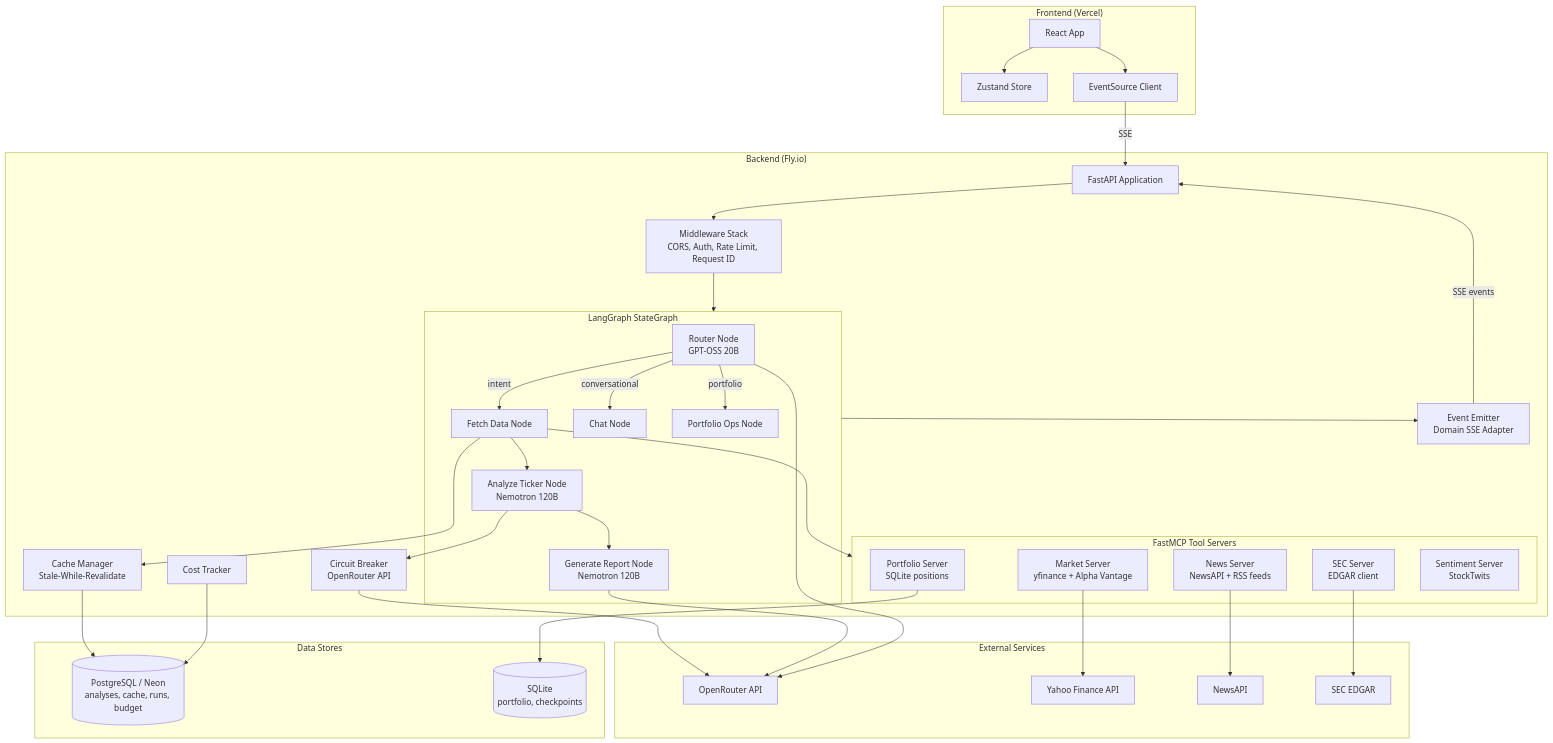
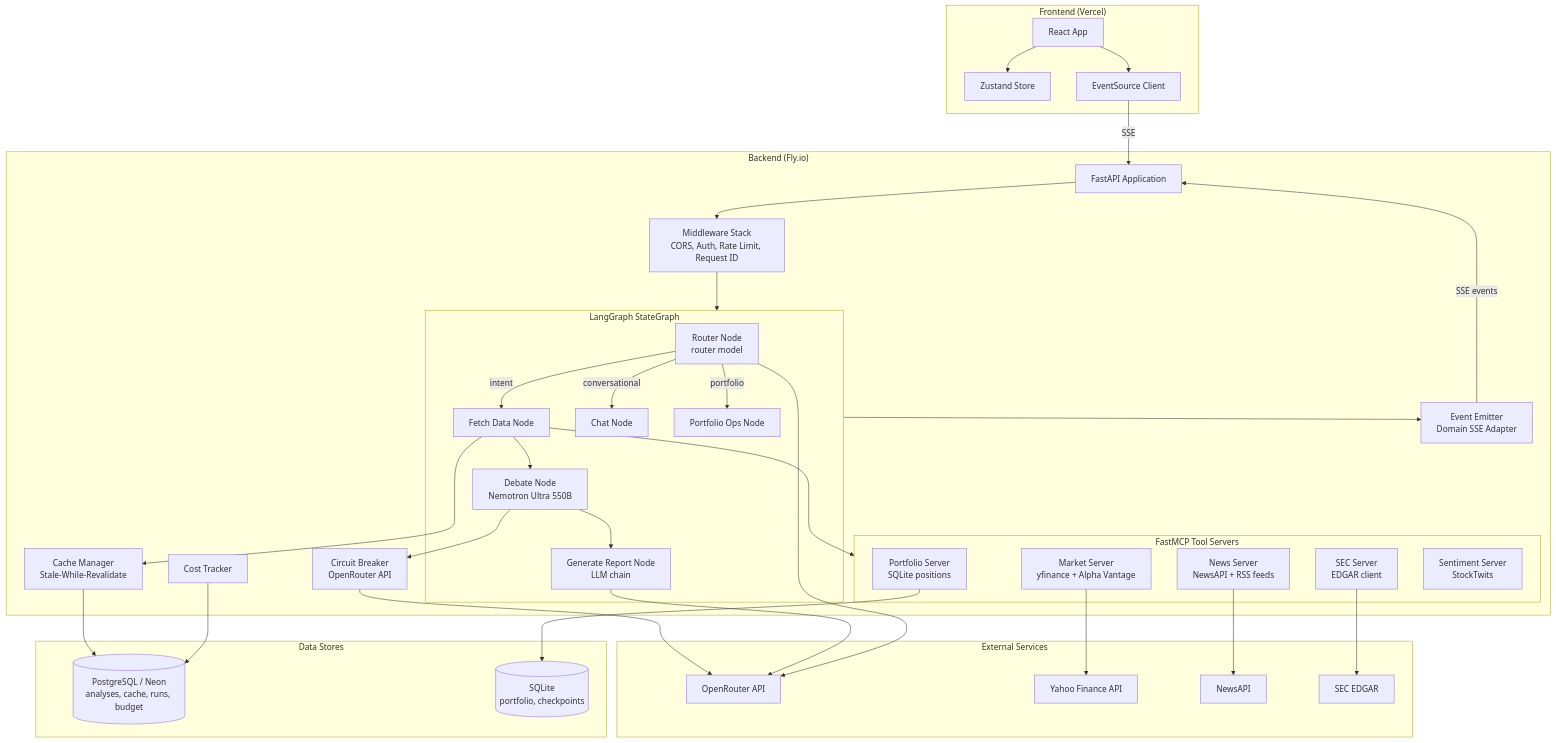
One commit to cl-xy/ai-investment-analyst changed the third of 3 diagrams in docs/ARCHITECTURE.md. Above: the diagram before and after it, drawn with Mermaid. The commit also changed other lines of this file and 9 other files, not shown here.

Commit message:
docs: update architecture, runbook, api, slo and adrs for the debate, stale-if-error and diagnostics changes

````diff
--- a/docs/ARCHITECTURE.md
+++ b/docs/ARCHITECTURE.md
@@ -95,78 +97,78 @@
 ```mermaid
 graph TB
     subgraph Frontend ["Frontend (Vercel)"]
         React[React App]
         Zustand[Zustand Store]
         SSEClient[EventSource Client]
     end
 
     subgraph Backend ["Backend (Fly.io)"]
         FastAPI[FastAPI Application]
         Middleware[Middleware Stack<br/>CORS, Auth, Rate Limit, Request ID]
 
         subgraph Agent ["LangGraph StateGraph"]
-            Router[Router Node<br/>GPT-OSS 20B]
+            Router[Router Node<br/>router model]
             FetchData[Fetch Data Node]
-            Analyze[Analyze Ticker Node<br/>Nemotron 120B]
-            Report[Generate Report Node<br/>Nemotron 120B]
+            Analyze[Debate Node<br/>Nemotron Ultra 550B]
+            Report[Generate Report Node<br/>LLM chain]
             Chat[Chat Node]
             Portfolio[Portfolio Ops Node]
         end
 
         EventEmitter[Event Emitter<br/>Domain SSE Adapter]
         CostTracker[Cost Tracker]
         CacheManager[Cache Manager<br/>Stale-While-Revalidate]
         CircuitBreaker[Circuit Breaker<br/>OpenRouter API]
 
         subgraph MCP ["FastMCP Tool Servers"]
             Market[Market Server<br/>yfinance + Alpha Vantage]
             News[News Server<br/>NewsAPI + RSS feeds]
             SEC[SEC Server<br/>EDGAR client]
             PortfolioSrv[Portfolio Server<br/>SQLite positions]
             Sentiment[Sentiment Server<br/>StockTwits]
         end
     end
 
     subgraph External ["External Services"]
         OpenRouter[OpenRouter API]
         YFinance[Yahoo Finance API]
         NewsAPI[NewsAPI]
         EDGAR[SEC EDGAR]
     end
 
     subgraph Data ["Data Stores"]
         Postgres[(PostgreSQL / Neon<br/>analyses, cache, runs, budget)]
         SQLite[(SQLite<br/>portfolio, checkpoints)]
     end
 
     React --> SSEClient
     SSEClient -->|SSE| FastAPI
     React --> Zustand
 
     FastAPI --> Middleware
     Middleware --> Agent
     Agent --> EventEmitter
     EventEmitter -->|SSE events| FastAPI
 
     Router -->|intent| FetchData
     FetchData --> Analyze
     Analyze --> Report
     Router -->|conversational| Chat
     Router -->|portfolio| Portfolio
 
     FetchData --> CacheManager
     CacheManager --> Postgres
     FetchData --> MCP
 
     Analyze --> CircuitBreaker
     CircuitBreaker --> OpenRouter
     Report --> OpenRouter
     Router --> OpenRouter
 
     Market --> YFinance
     News --> NewsAPI
     SEC --> EDGAR
     PortfolioSrv --> SQLite
 
     CostTracker --> Postgres
 ```
````
